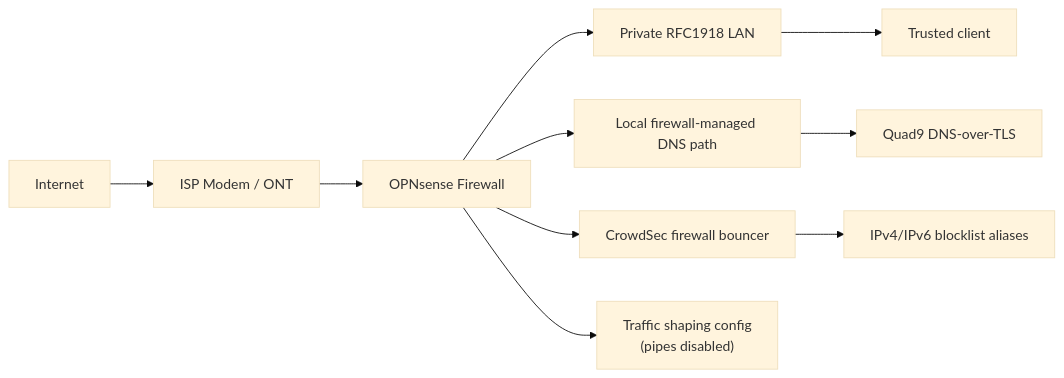
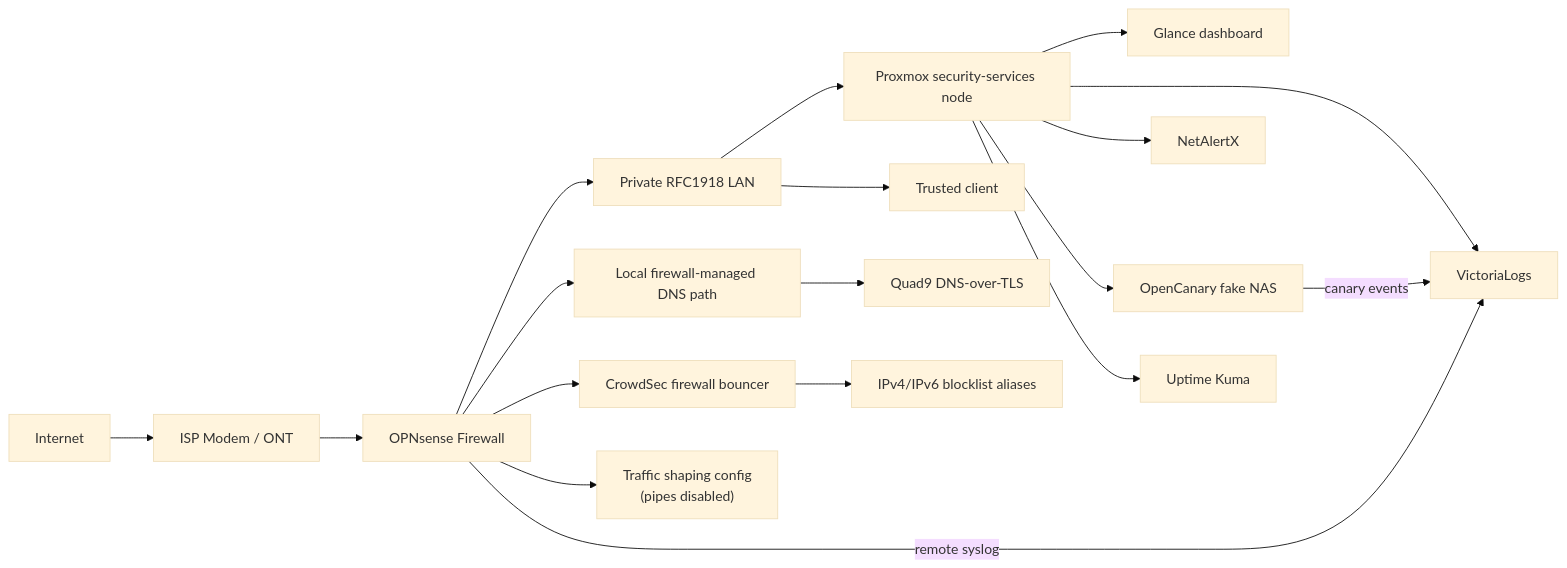
The first of 2 diagrams in README.md (srkyn/home-network-security), drawn with Mermaid (base theme) before and after one commit. The commit also changed other lines of this file and 7 other files, not shown here.

Commit message:
Document Proxmox security control plane

````diff
--- a/README.md
+++ b/README.md
@@ -28,13 +35,21 @@
 ```mermaid
 flowchart LR
     Internet["Internet"] --> Modem["ISP Modem / ONT"]
     Modem --> Firewall["OPNsense Firewall"]
     Firewall --> LAN["Private RFC1918 LAN"]
     Firewall --> DNS["Local firewall-managed DNS path"]
     Firewall --> CrowdSec["CrowdSec firewall bouncer"]
     Firewall --> Shaper["Traffic shaping config<br/>(pipes disabled)"]
+    LAN --> Proxmox["Proxmox security-services node"]
+    Proxmox --> Dashboard["Glance dashboard"]
+    Proxmox --> Logs["VictoriaLogs"]
+    Proxmox --> Discovery["NetAlertX"]
+    Proxmox --> Canary["OpenCanary fake NAS"]
+    Proxmox --> Kuma["Uptime Kuma"]
 
     LAN --> ClientHost["Trusted client"]
     DNS --> Quad9["Quad9 DNS-over-TLS"]
     CrowdSec --> Blocklists["IPv4/IPv6 blocklist aliases"]
+    Firewall -- "remote syslog" --> Logs
+    Canary -- "canary events" --> Logs
 ```
````
